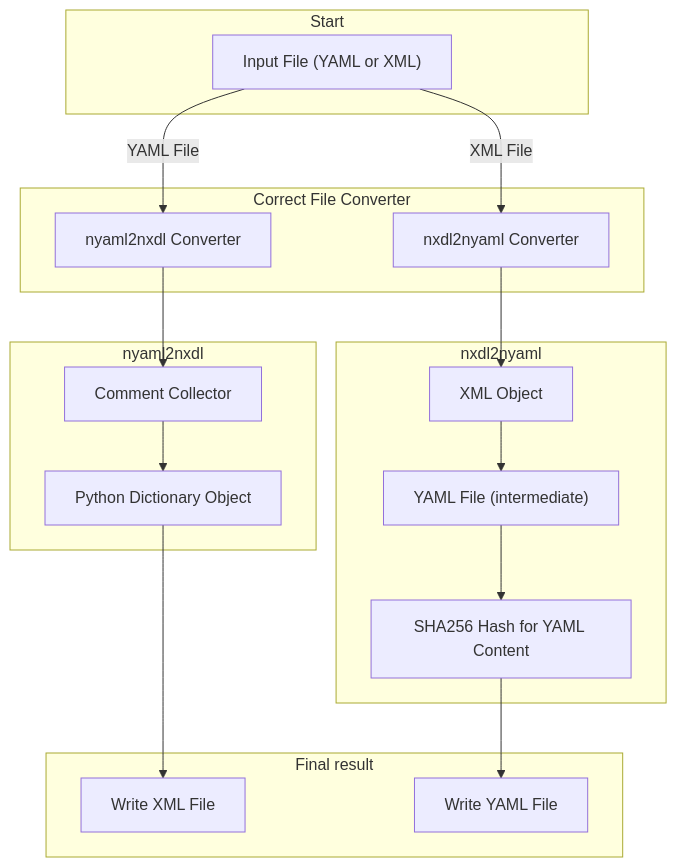
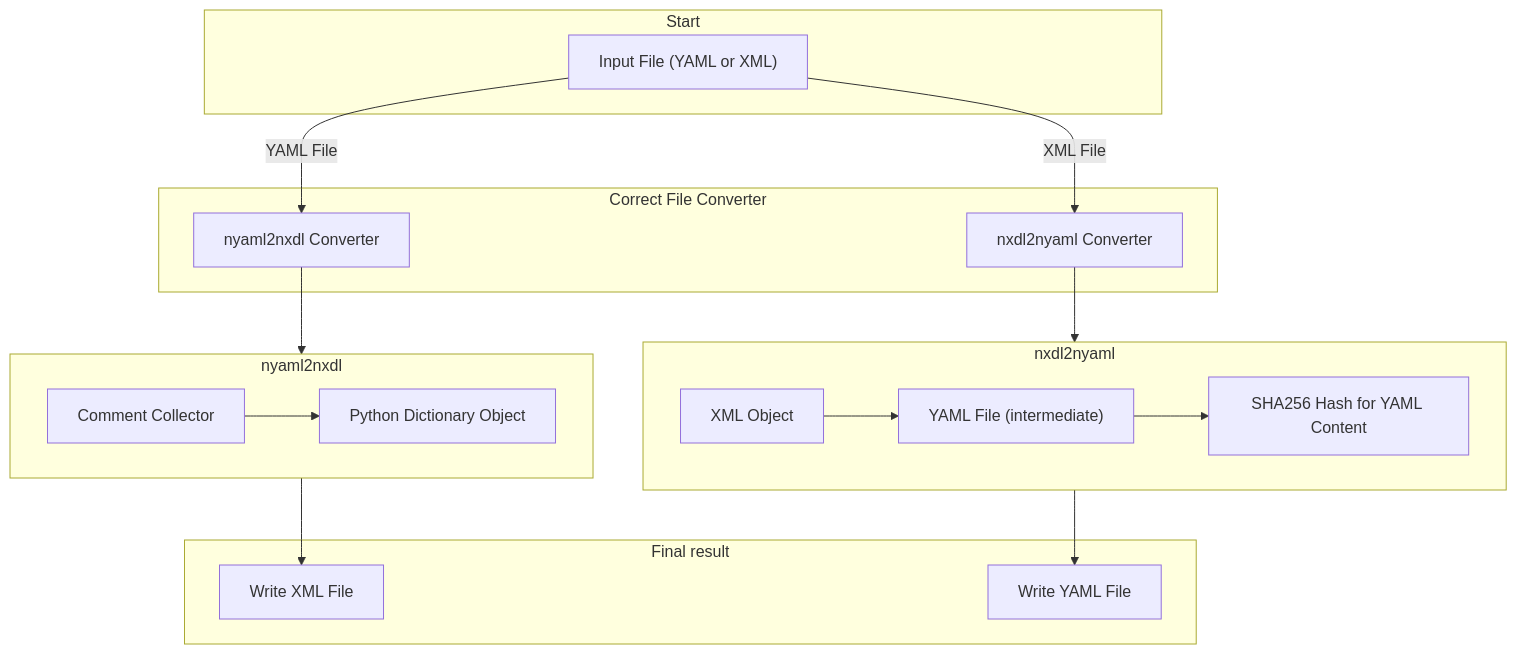
Before and after one commit to FAIRmat-NFDI/nyaml: the diagram in paper/assets/mermaidPlot.md, drawn with Mermaid. The commit also changed 3 other files, not shown here.

Commit message:
Fix diagram and marmaid plot.

````diff
--- a/paper/assets/mermaidPlot.md
+++ b/paper/assets/mermaidPlot.md
@@ -1,33 +1,33 @@
   ```mermaid
   graph TD;
     subgraph Start
       id1["Input File (YAML or XML)"]
     end
     subgraph Correct File Converter
       id2["nyaml2nxdl Converter"]
       id3["nxdl2nyaml Converter"]
     end
     subgraph nyaml2nxdl
       id4["Comment Collector"]
       id5["Python Dictionary Object"]
     end
     subgraph nxdl2nyaml
       id6["XML Object"]
       id7["YAML File (intermediate)"]
       id8["SHA256 Hash for YAML Content"]
     end
     subgraph Final result
     id9["Write XML File"]
     id10["Write YAML File"]
     end
 
     id1--> |YAML File|id2
     id1--> |XML File|id3
-    id2-->id4
+    id2-->nyaml2nxdl
     id4-->id5
-    id3-->id6
+    id3-->nxdl2nyaml
     id6-->id7
     id7-->id8
-    id5-->id9
-    id8-->id10
+    nyaml2nxdl-->id9
+    nxdl2nyaml-->id10
   ```
````
